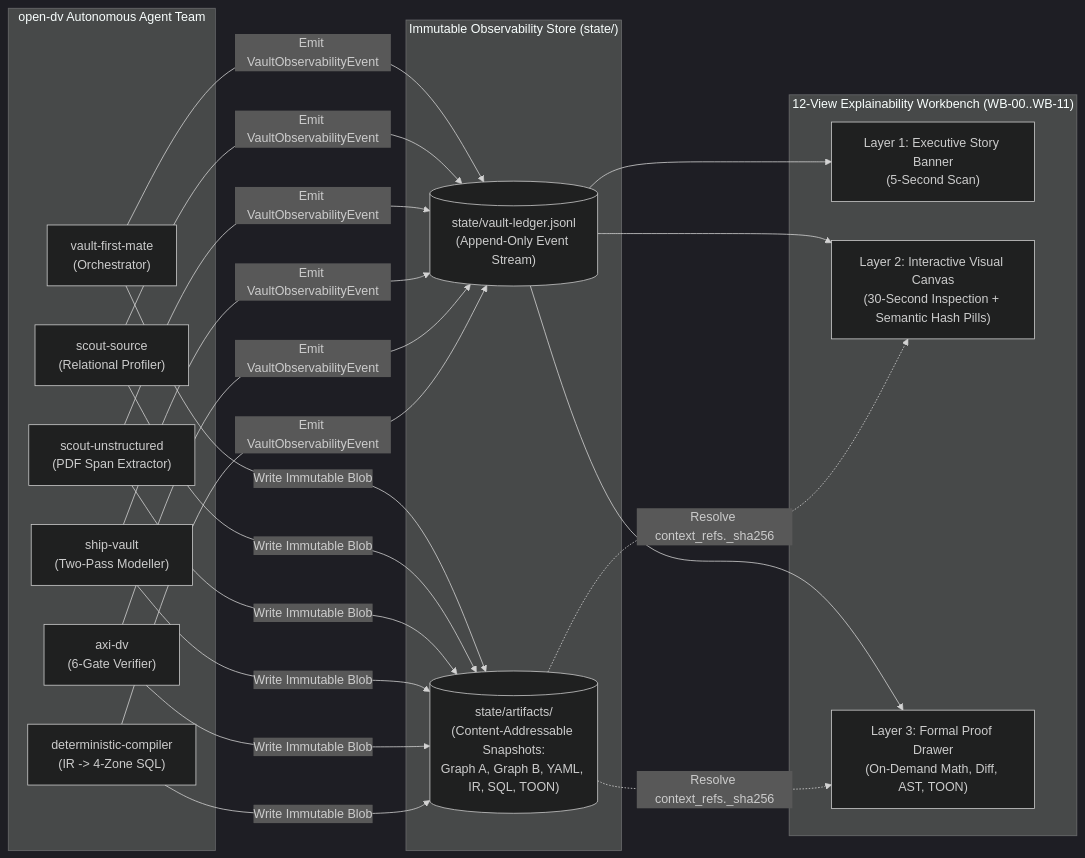
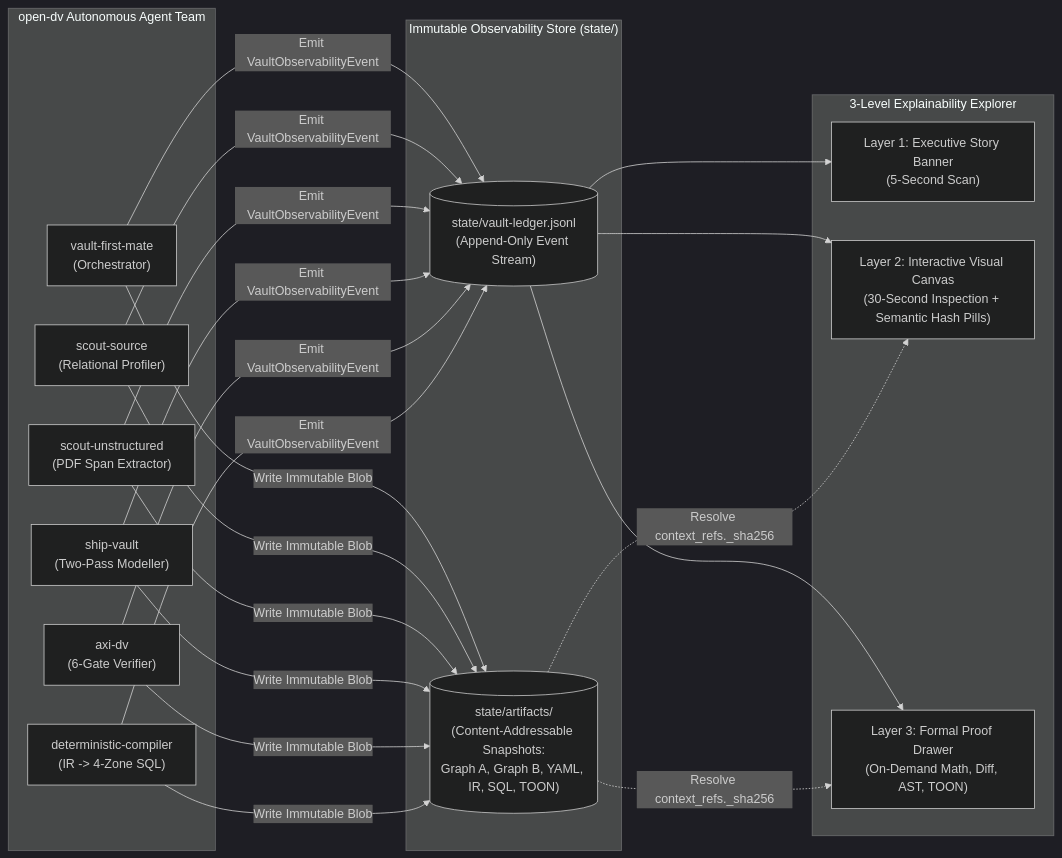
The first of 4 diagrams in docs/06-explainability-and-observability-spec.md (nogoo9/open-dv), drawn with Mermaid (dark theme) before and after one commit. The commit also changed other lines of this file and 643 other files, not shown here.

First line of the commit message:
feat(platform): Platform Parity & Architecture Plan v3.9 (P1-P10, #63) (#189)

````diff
--- a/docs/06-explainability-and-observability-spec.md
+++ b/docs/06-explainability-and-observability-spec.md
@@ -35,27 +35,27 @@
 ```mermaid
 flowchart LR
     subgraph Agents["open-dv Autonomous Agent Team"]
         FM["vault-first-mate\n(Orchestrator)"]
         SS["scout-source\n(Relational Profiler)"]
         SU["scout-unstructured\n(PDF Span Extractor)"]
         SV["ship-vault\n(Two-Pass Modeller)"]
         AX["axi-dv\n(6-Gate Verifier)"]
         DC["deterministic-compiler\n(IR -> 4-Zone SQL)"]
     end
 
     subgraph Storage["Immutable Observability Store (state/)"]
         LEDGER[("state/vault-ledger.jsonl\n(Append-Only Event Stream)")]
         CAS[("state/artifacts/<sha256>\n(Content-Addressable Snapshots:\nGraph A, Graph B, YAML, IR, SQL, TOON)")]
     end
 
-    subgraph Workbench["12-View Explainability Workbench (WB-00..WB-11)"]
+    subgraph Explorer["3-Level Explainability Explorer"]
         L1["Layer 1: Executive Story Banner\n(5-Second Scan)"]
         L2["Layer 2: Interactive Visual Canvas\n(30-Second Inspection + Semantic Hash Pills)"]
         L3["Layer 3: Formal Proof Drawer\n(On-Demand Math, Diff, AST, TOON)"]
     end
 
     FM & SS & SU & SV & AX & DC -->|"Emit VaultObservabilityEvent"| LEDGER
     FM & SS & SU & SV & AX & DC -->|"Write Immutable Blob"| CAS
     LEDGER --> L1 & L2 & L3
     CAS -.->|"Resolve context_refs.<artifact>_sha256"| L2 & L3
 ```
````
